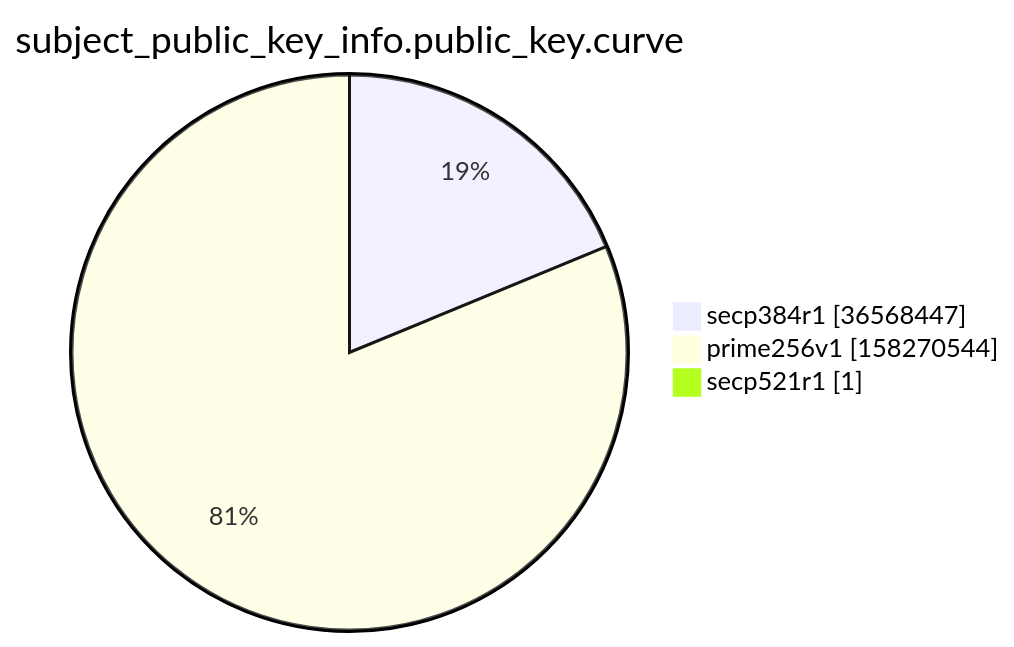
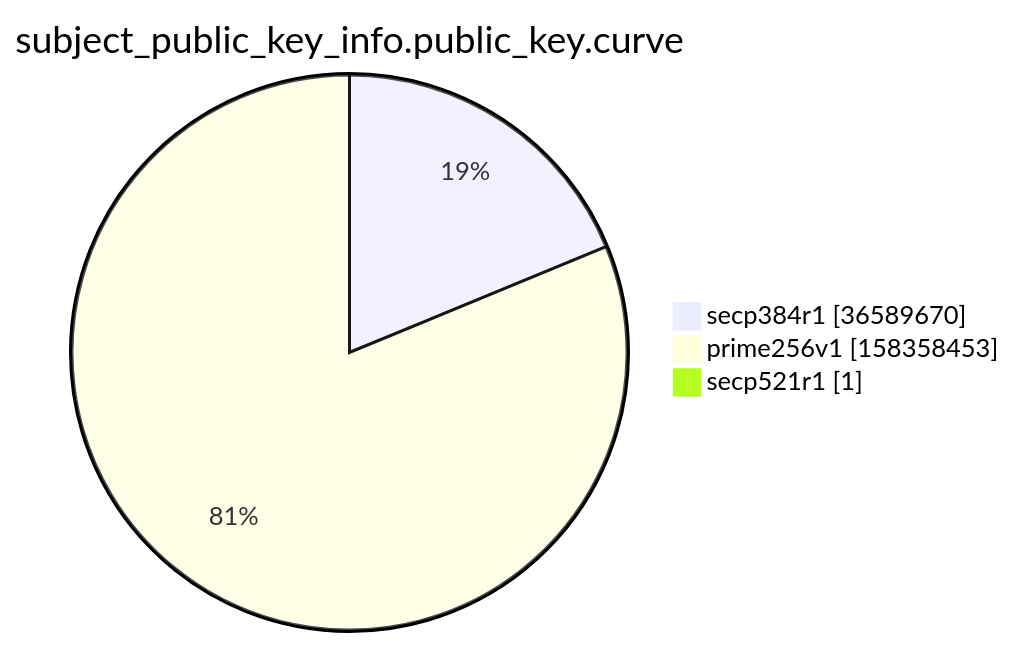
The ninth of 15 diagrams in argon2022/README.md (christiankrug/ctmonitor_visualization), drawn with Mermaid before and after one commit. The commit also changed other lines of this file, not shown here.

````diff
--- a/argon2022/README.md
+++ b/argon2022/README.md
@@ -2766,7 +2766,7 @@
 ```mermaid
 pie showData
 title subject_public_key_info.public_key.curve
-"secp384r1" :36568447
-"prime256v1" :158270544
+"secp384r1" :36589670
+"prime256v1" :158358453
 "secp521r1" :1
 ```
````
